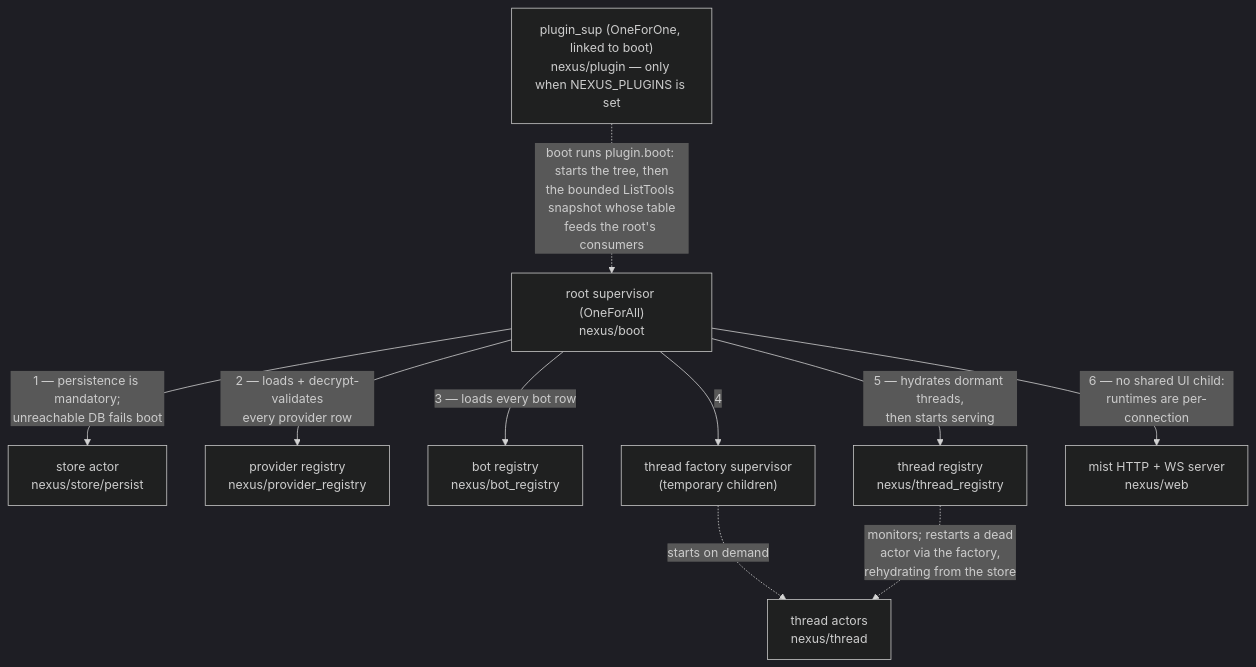
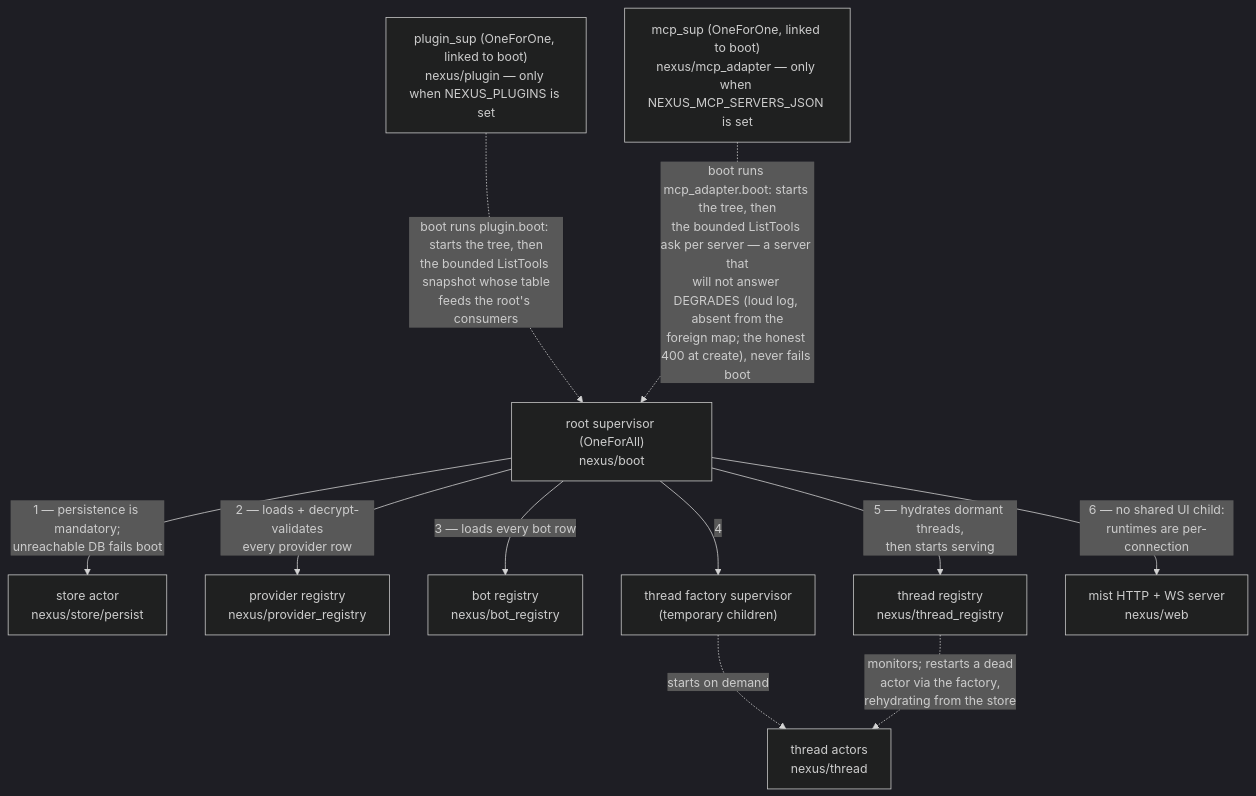
Before and after one commit to jhillyerd/nexus: the second of 4 diagrams in ARCHITECTURE.md, drawn with Mermaid (dark theme). The commit also changed other lines of this file and 34 other files, not shown here.

First line of the commit message:
feat: MCP config adapter + frozen toolset manifests (plugin-api plan phase 2) (#124)

````diff
--- a/ARCHITECTURE.md
+++ b/ARCHITECTURE.md
@@ -69,14 +69,16 @@
 ```mermaid
 flowchart TB
     PSUP["plugin_sup (OneForOne, linked to boot)<br/>nexus/plugin — only when NEXUS_PLUGINS is set"]
+    MSUP["mcp_sup (OneForOne, linked to boot)<br/>nexus/mcp_adapter — only when NEXUS_MCP_SERVERS_JSON is set"]
     ROOT["root supervisor (OneForAll)<br/>nexus/boot"]
     PSUP -.->|"boot runs plugin.boot: starts the tree, then<br/>the bounded ListTools snapshot whose table<br/>feeds the root's consumers"| ROOT
+    MSUP -.->|"boot runs mcp_adapter.boot: starts the tree, then<br/>the bounded ListTools ask per server — a server that<br/>will not answer DEGRADES (loud log, absent from the<br/>foreign map; the honest 400 at create), never fails boot"| ROOT
     ROOT -->|"1 — persistence is mandatory;<br/>unreachable DB fails boot"| STORE["store actor<br/>nexus/store/persist"]
     ROOT -->|"2 — loads + decrypt-validates<br/>every provider row"| PROV["provider registry<br/>nexus/provider_registry"]
     ROOT -->|"3 — loads every bot row"| BOT["bot registry<br/>nexus/bot_registry"]
     ROOT -->|"4"| FACT["thread factory supervisor<br/>(temporary children)"]
     ROOT -->|"5 — hydrates dormant threads,<br/>then starts serving"| REG["thread registry<br/>nexus/thread_registry"]
     ROOT -->|"6 — no shared UI child:<br/>runtimes are per-connection"| MIST["mist HTTP + WS server<br/>nexus/web"]
     FACT -.->|"starts on demand"| SA["thread actors<br/>nexus/thread"]
     REG -.->|"monitors; restarts a dead<br/>actor via the factory,<br/>rehydrating from the store"| SA
 ```
````
